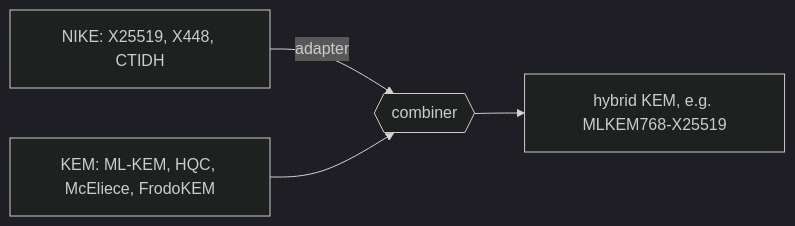
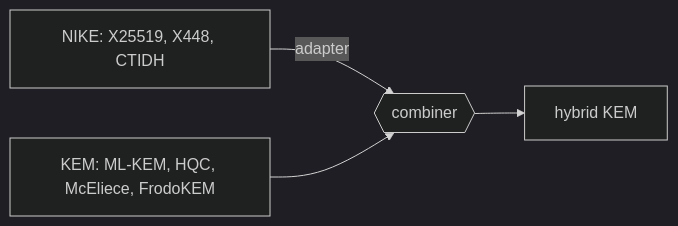
One commit to katzenpost/hpqc changed the diagram in README.md. Above: the diagram before and after it, drawn with Mermaid (dark theme).

Commit message:
Shorten a diagram label

````diff
--- a/README.md
+++ b/README.md
@@ -15,6 +15,6 @@
 ```mermaid
 flowchart LR
   N["NIKE: X25519, X448, CTIDH"] -->|adapter| C{{combiner}}
   K["KEM: ML-KEM, HQC, McEliece, FrodoKEM"] --> C
-  C --> H["hybrid KEM, e.g. MLKEM768-X25519"]
+  C --> H["hybrid KEM"]
 ```
````
